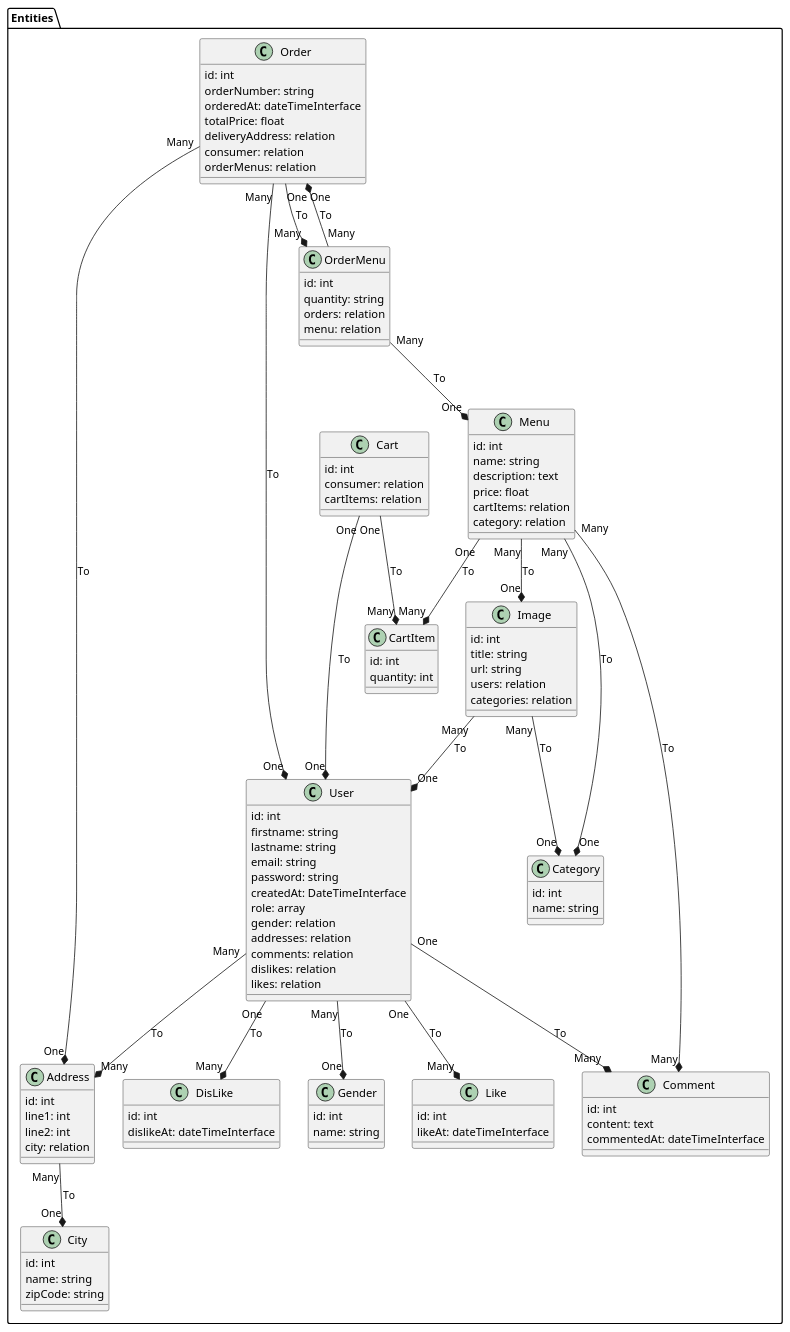
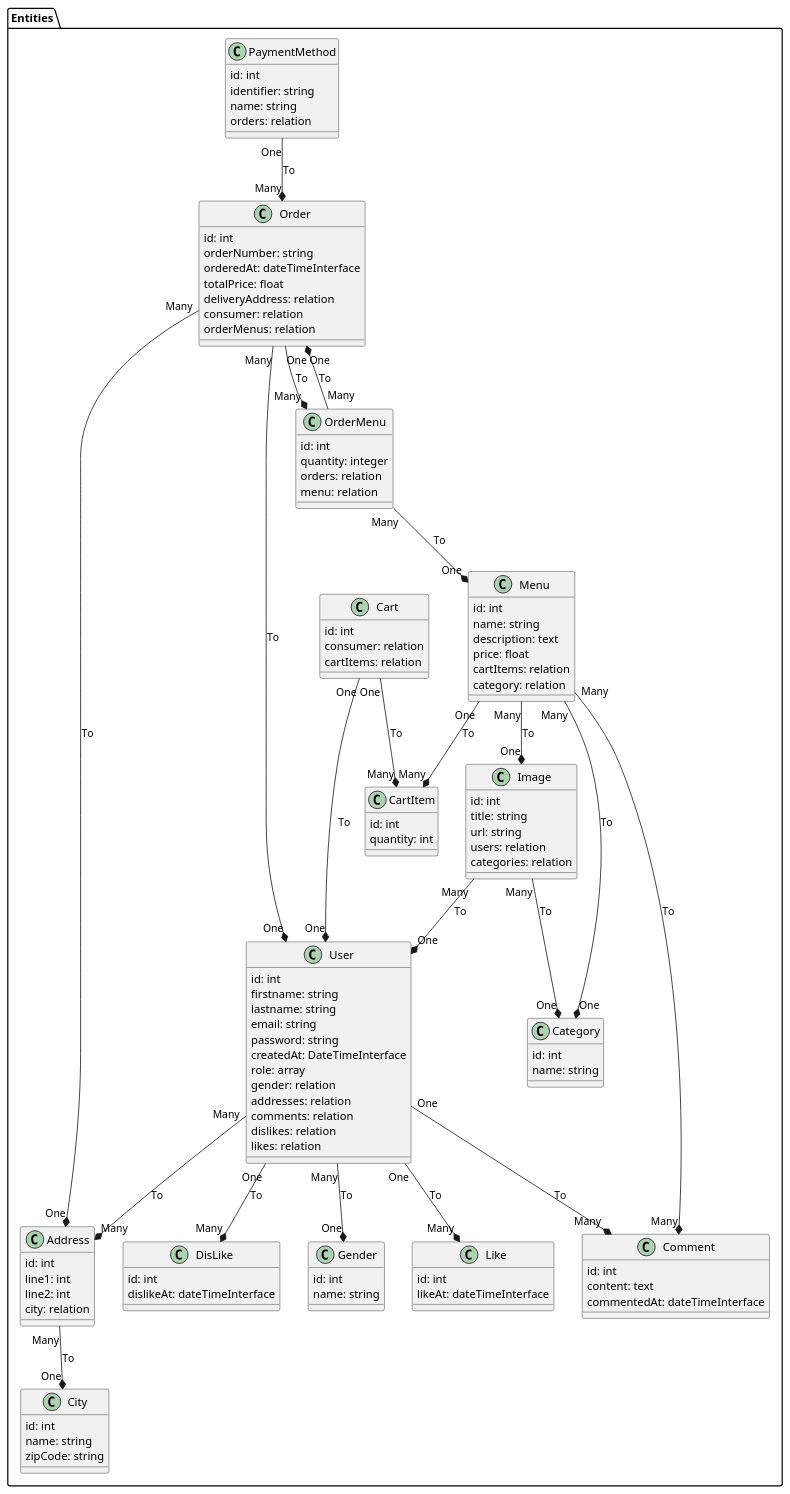
The diagram in features/Entities_diagram.puml (SylvainGUERRIN/deliveroo_like), drawn with PlantUML before and after one commit. The commit also changed 4 other files, not shown here.

Commit message:
add PaymentMethod entity and relations

```diff
--- a/features/Entities_diagram.puml
+++ b/features/Entities_diagram.puml
@@ -1,121 +1,129 @@
 @startuml
 'Alice -> Bob: Authentication Request
 'Bob --> Alice: Authentication Response
 '
 'Alice -> Bob: Another authentication Request
 'Alice <-- Bob: another authentication Response
 
 package "Entities" #FFF {
     class User {
         {field} id: int
         {field} firstname: string
         {field} lastname: string
         {field} email: string
         {field} password: string
         {field} createdAt: DateTimeInterface
         {field} role: array
         {field} gender: relation
         {field} addresses: relation
         {field} comments: relation
         {field} dislikes: relation
         {field} likes: relation
     }
     class Address {
         {field} id: int
         {field} line1: int
         {field} line2: int
         {field} city: relation
     }
     class Cart {
         {field} id: int
         {field} consumer: relation
         {field} cartItems: relation
     }
     class CartItem {
         {field} id: int
         {field} quantity: int
     }
     class Category {
         {field} id: int
         {field} name: string
     }
     class City {
         {field} id: int
         {field} name: string
         {field} zipCode: string
     }
     class Comment {
         {field} id: int
         {field} content: text
         {field} commentedAt: dateTimeInterface
     }
     class DisLike {
         {field} id: int
         {field} dislikeAt: dateTimeInterface
     }
     class Gender {
         {field} id: int
         {field} name: string
     }
     class Image {
         {field} id: int
         {field} title: string
         {field} url: string
         {field} users: relation
         {field} categories: relation
     }
     class Like {
         {field} id: int
         {field} likeAt: dateTimeInterface
     }
     class Menu {
         {field} id: int
         {field} name: string
         {field} description: text
         {field} price: float
         {field} cartItems: relation
         {field} category: relation
     }
     class Order {
         {field} id: int
         {field} orderNumber: string
         {field} orderedAt: dateTimeInterface
         {field} totalPrice: float
         {field} deliveryAddress: relation
         {field} consumer: relation
         {field} orderMenus: relation
     }
     class OrderMenu {
         {field} id: int
-        {field} quantity: string
+        {field} quantity: integer
         {field} orders: relation
         {field} menu: relation
+    }
+    class PaymentMethod {
+        {field} id: int
+        {field} identifier: string
+        {field} name: string
+        {field} orders: relation
     }
 
     User "Many" --* "One" Gender : To
     User "Many" --* "Many" Address : To
     User "One" --* "Many" Comment : To
     User "One" --* "Many" DisLike : To
     User "One" --* "Many" Like : To
 
     Address "Many" --* "One" City : To
 
     Cart "One" --* "One" User : To
     Cart "One" --* "Many" CartItem : To
 
     Image "Many" --* "One" User : To
     Image "Many" --* "One" Category : To
 
     Menu "One" --* "Many" CartItem : To
     Menu "Many" --* "One" Category : To
     Menu "Many" --* "Many" Comment : To
     Menu "Many" --* "One" Image : To
 
     OrderMenu "Many" --* "One" Order : To
     OrderMenu "Many" --* "One" Menu : To
 
     Order "Many" --* "One" Address : To
     Order "Many" --* "One" User : To
     Order "One" --* "Many" OrderMenu : To
+
+    PaymentMethod "One" --* "Many" Order : To
 }
 @enduml
```
